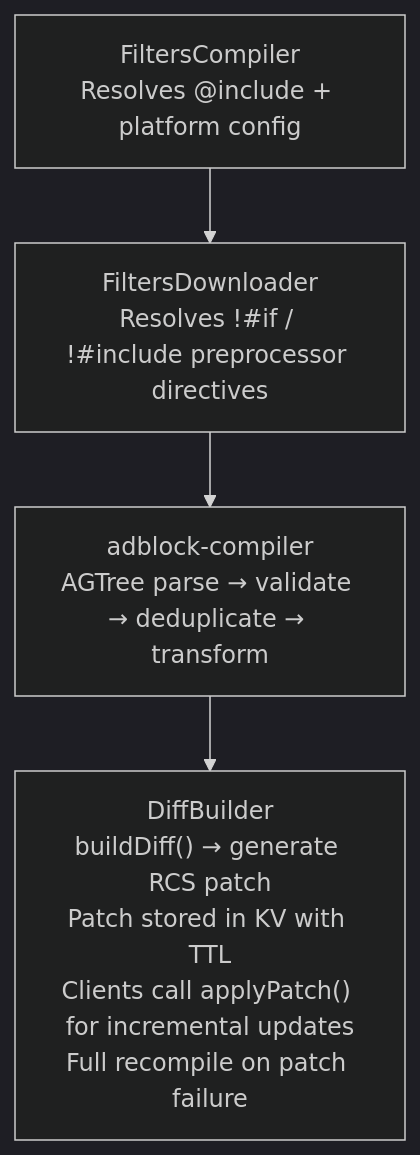
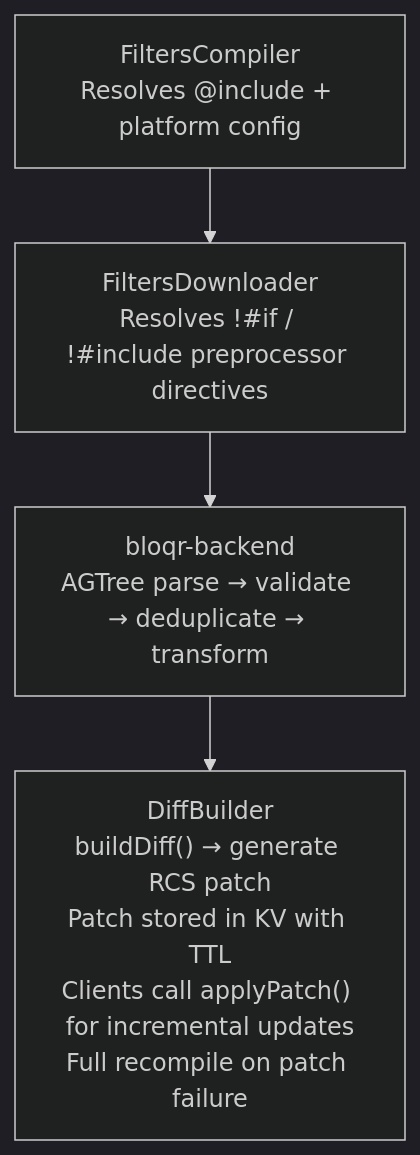
One commit to jaypatrick/adblock-compiler changed the diagram in ideas/DIFF_BUILDER_INTEGRATION.md. Above: the diagram before and after it, drawn with Mermaid (dark theme). The commit also changed other lines of this file and 252 other files, not shown here.

First line of the commit message:
chore: rename Cloudflare Worker names from adblock- to bloqr- (bloqr-compiler → bloqr-backend) (#1762)

````diff
--- a/ideas/DIFF_BUILDER_INTEGRATION.md
+++ b/ideas/DIFF_BUILDER_INTEGRATION.md
@@ -140,11 +140,11 @@
 ```mermaid
 flowchart TD
     FC["FiltersCompiler\nResolves @include + platform config"]
     FD["FiltersDownloader\nResolves !#if / !#include preprocessor directives"]
-    AC["adblock-compiler\nAGTree parse → validate → deduplicate → transform"]
+    AC["bloqr-backend\nAGTree parse → validate → deduplicate → transform"]
     DB["DiffBuilder\nbuildDiff() → generate RCS patch\nPatch stored in KV with TTL\nClients call applyPatch() for incremental updates\nFull recompile on patch failure"]
 
     FC --> FD
     FD --> AC
     AC --> DB
 ```
````
